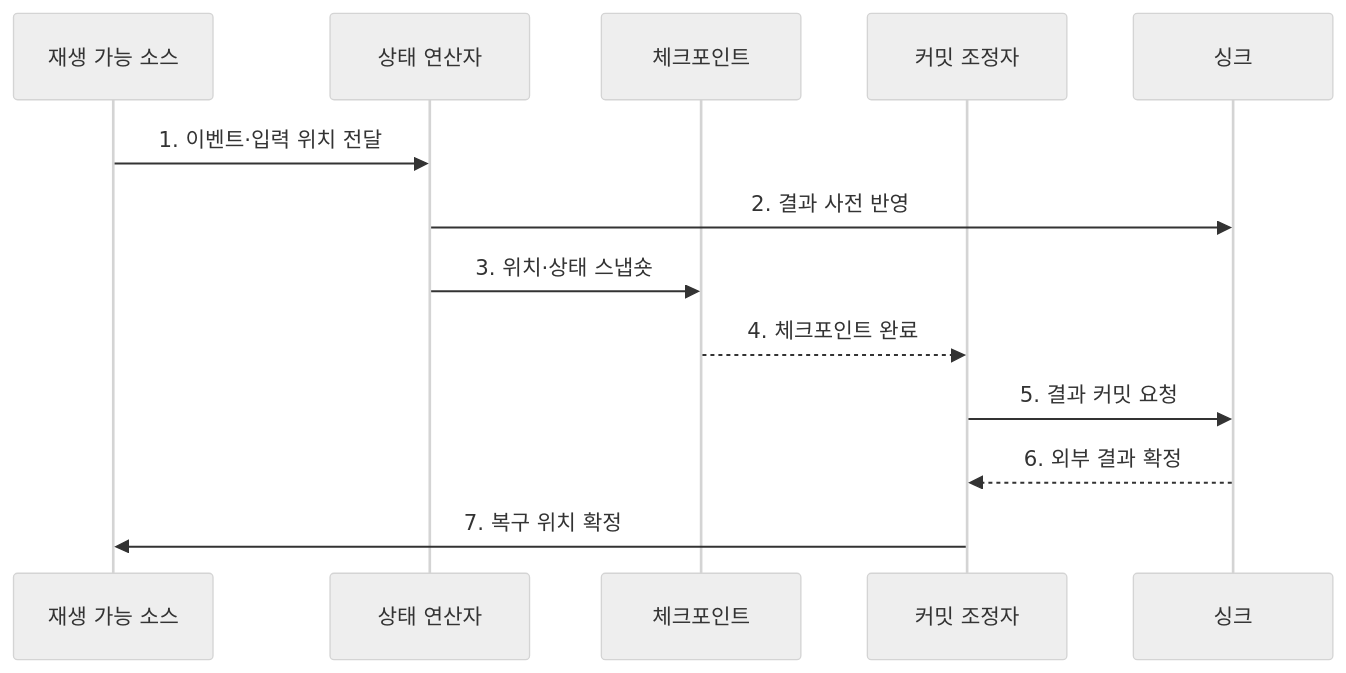
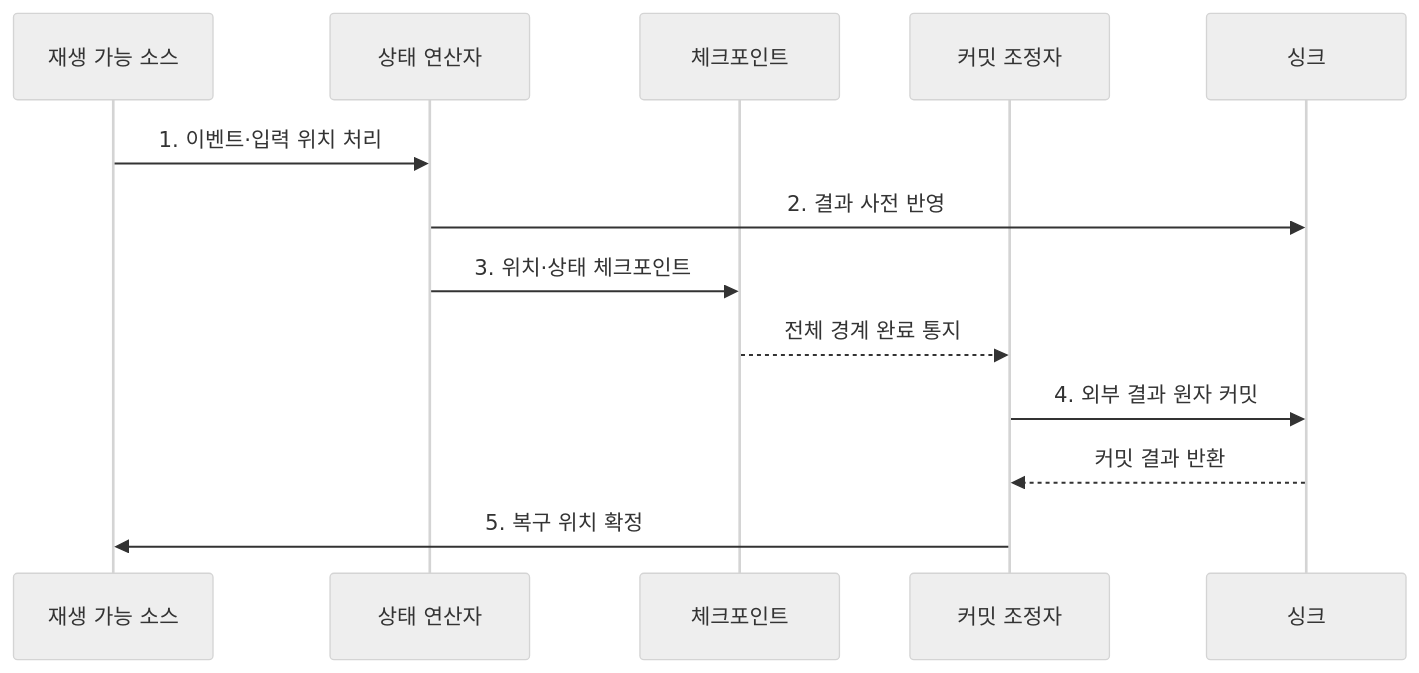
One commit to agnusdei1207/knowledge-base changed the second of 2 diagrams in src/content/docs/notes/03-software/121_exactly_once_semantics.md. Above: the diagram before and after it, drawn with Mermaid (neutral theme). The commit also changed other lines of this file and 238 other files, not shown here.

````diff
--- a/src/content/docs/notes/03-software/121_exactly_once_semantics.md
+++ b/src/content/docs/notes/03-software/121_exactly_once_semantics.md
@@ -77,15 +77,15 @@
 ```mermaid
 sequenceDiagram
     participant S as 재생 가능 소스
     participant O as 상태 연산자
     participant C as 체크포인트
     participant T as 커밋 조정자
     participant K as 싱크
-    S->>O: 1. 이벤트·입력 위치 전달
+    S->>O: 1. 이벤트·입력 위치 처리
     O->>K: 2. 결과 사전 반영
-    O->>C: 3. 위치·상태 스냅숏
-    C-->>T: 4. 체크포인트 완료
-    T->>K: 5. 결과 커밋 요청
-    K-->>T: 6. 외부 결과 확정
-    T->>S: 7. 복구 위치 확정
+    O->>C: 3. 위치·상태 체크포인트
+    C-->>T: 전체 경계 완료 통지
+    T->>K: 4. 외부 결과 원자 커밋
+    K-->>T: 커밋 결과 반환
+    T->>S: 5. 복구 위치 확정
 ```
````
